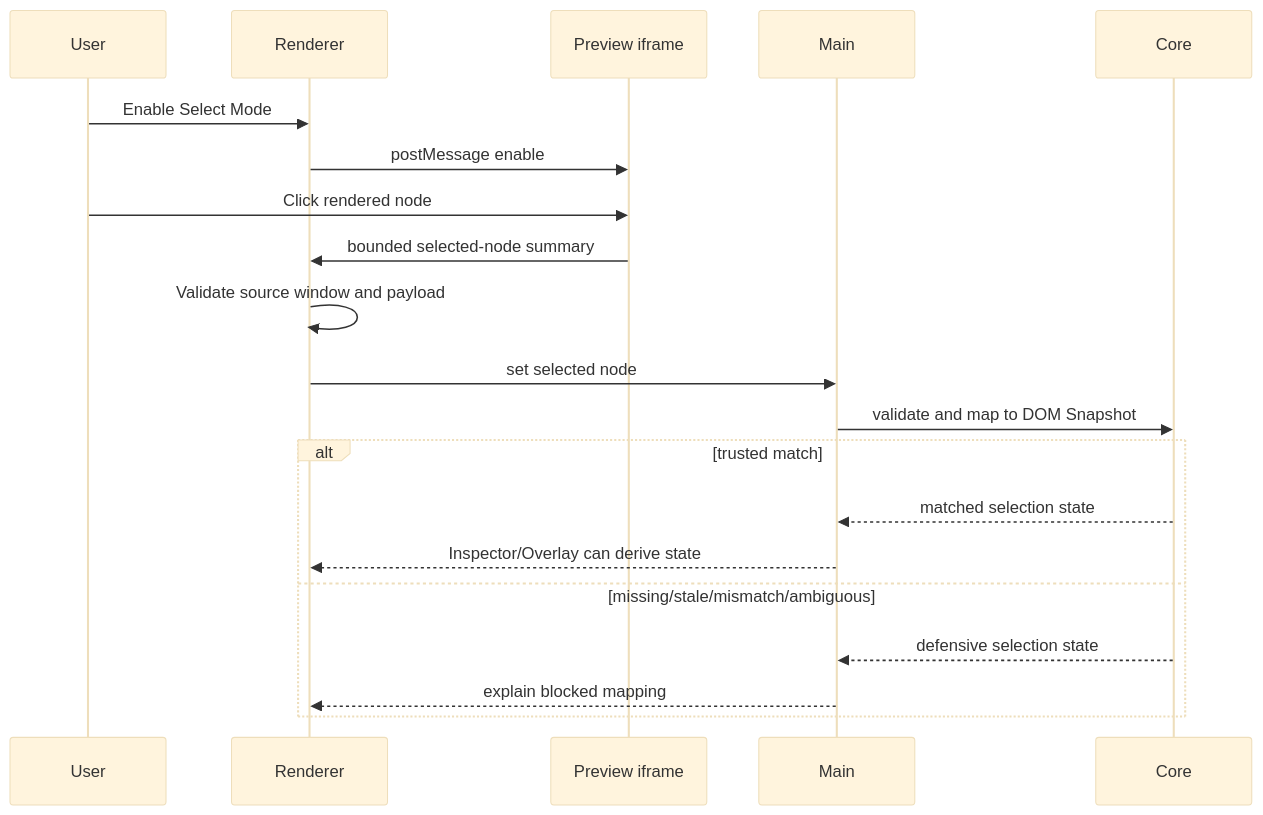
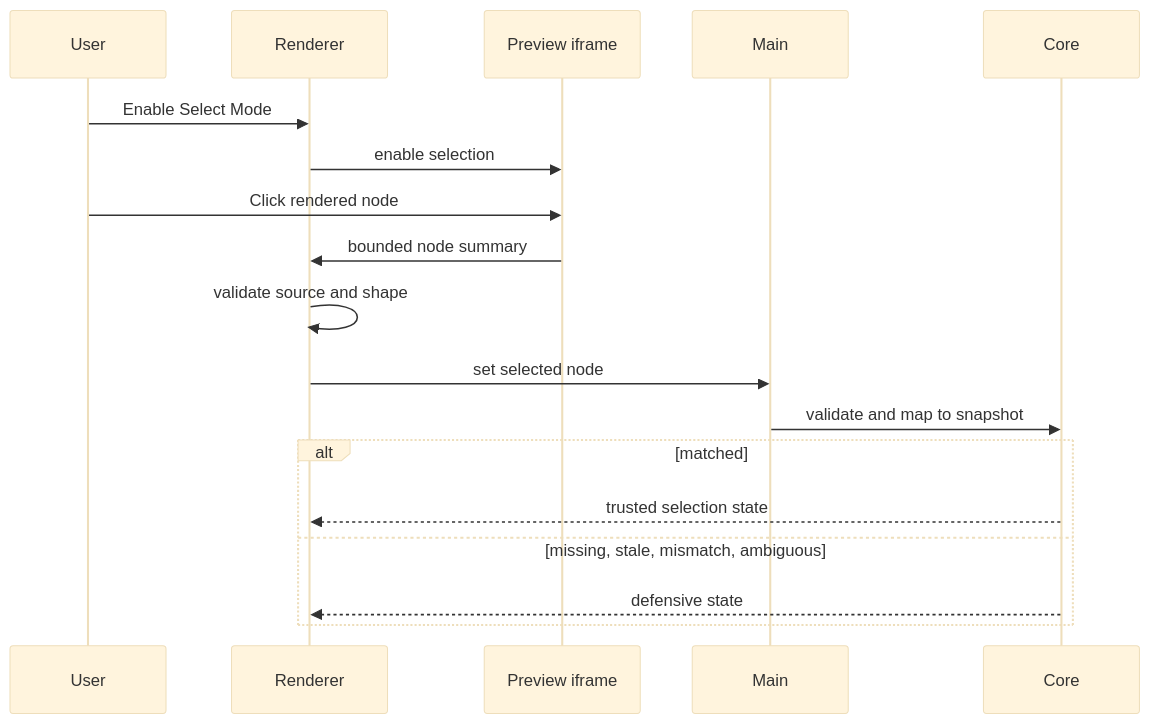
Before and after one commit to krestosa/Crystal: the diagram in docs/architecture/preview/preview-selection.md, drawn with Mermaid (base theme). The commit also changed other lines of this file and 60 other files, not shown here.

````diff
--- a/docs/architecture/preview/preview-selection.md
+++ b/docs/architecture/preview/preview-selection.md
@@ -66,23 +47,20 @@
 ```mermaid
 sequenceDiagram
   participant User
   participant Renderer
-  participant Iframe as Preview iframe
+  participant Frame as Preview iframe
   participant Main
   participant Core
-
   User->>Renderer: Enable Select Mode
-  Renderer->>Iframe: postMessage enable
-  User->>Iframe: Click rendered node
-  Iframe->>Renderer: bounded selected-node summary
-  Renderer->>Renderer: Validate source window and payload
+  Renderer->>Frame: enable selection
+  User->>Frame: Click rendered node
+  Frame->>Renderer: bounded node summary
+  Renderer->>Renderer: validate source and shape
   Renderer->>Main: set selected node
-  Main->>Core: validate and map to DOM Snapshot
-  alt trusted match
-    Core-->>Main: matched selection state
-    Main-->>Renderer: Inspector/Overlay can derive state
-  else missing/stale/mismatch/ambiguous
-    Core-->>Main: defensive selection state
-    Main-->>Renderer: explain blocked mapping
+  Main->>Core: validate and map to snapshot
+  alt matched
+    Core-->>Renderer: trusted selection state
+  else missing, stale, mismatch, ambiguous
+    Core-->>Renderer: defensive state
   end
 ```
````
